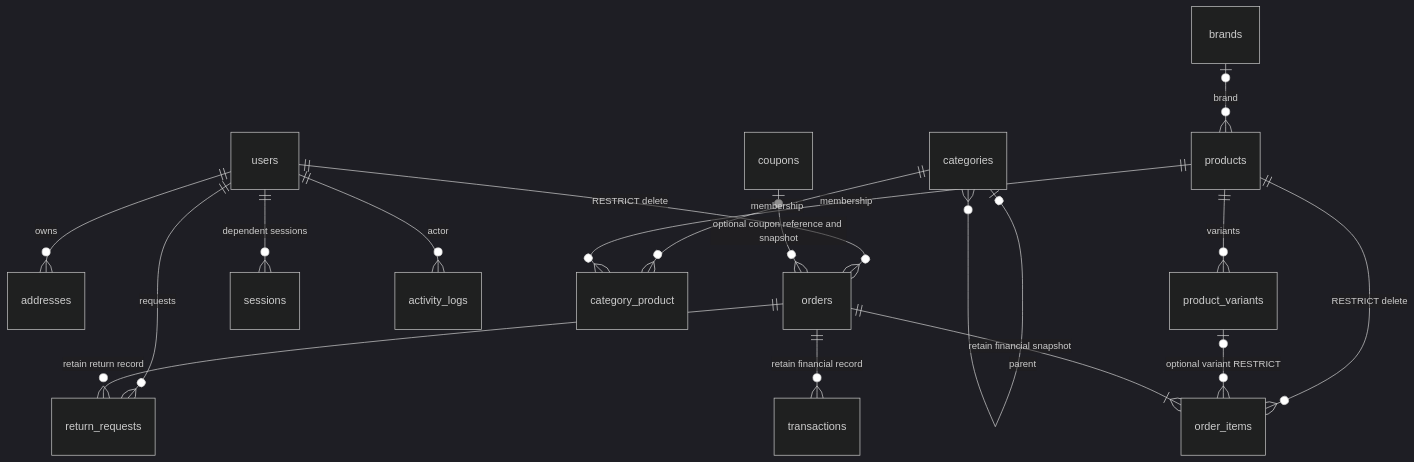
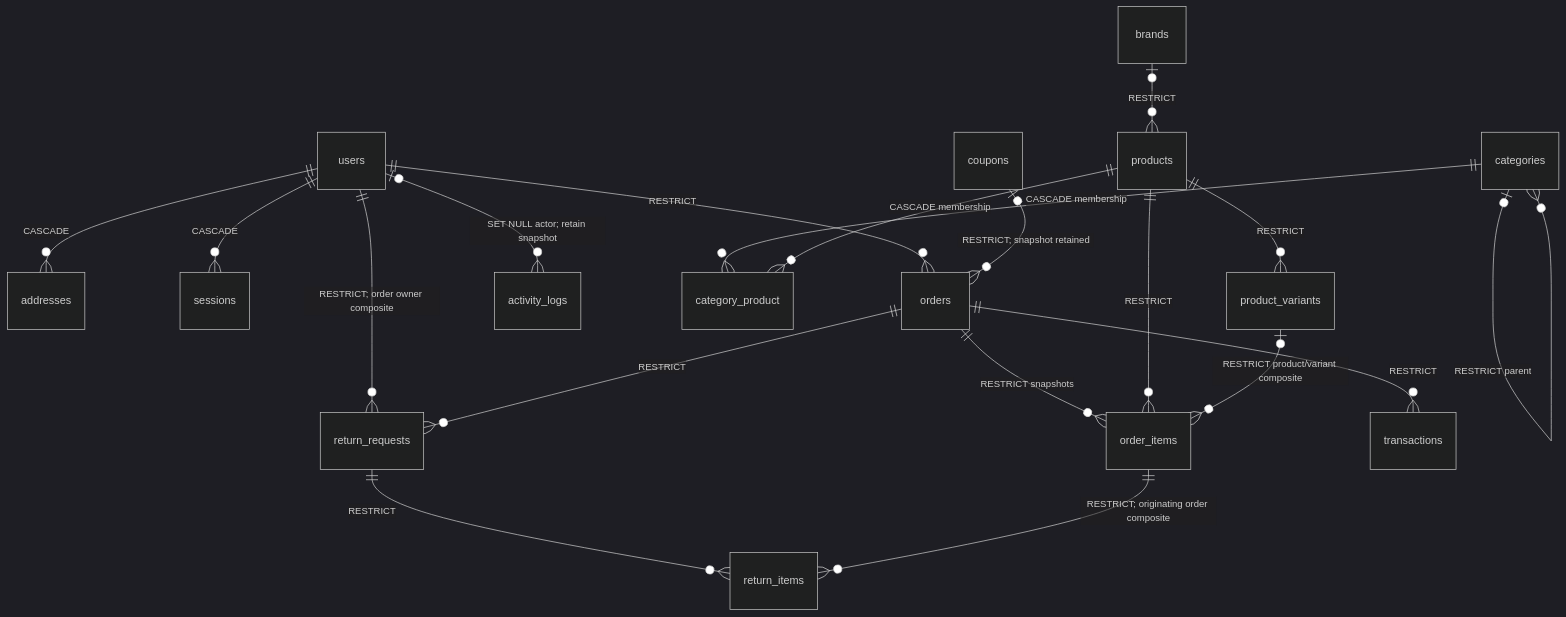
Before and after one commit to soldiermr98-commits/shopnext: the diagram in docs/DATABASE.md, drawn with Mermaid (dark theme). The commit also changed other lines of this file and 12 other files, not shown here.

````diff
--- a/docs/DATABASE.md
+++ b/docs/DATABASE.md
@@ -22,19 +12,21 @@
 ```mermaid
 erDiagram
-    users ||--o{ addresses : owns
-    users ||--o{ orders : "RESTRICT delete"
-    users ||--o{ sessions : "dependent sessions"
-    users ||--o{ activity_logs : actor
-    users ||--o{ return_requests : requests
-    categories o|--o{ categories : parent
-    brands o|--o{ products : brand
-    categories ||--o{ category_product : membership
-    products ||--o{ category_product : membership
-    products ||--o{ product_variants : variants
-    products ||--o{ order_items : "RESTRICT delete"
-    product_variants o|--o{ order_items : "optional variant RESTRICT"
-    orders ||--|{ order_items : "retain financial snapshot"
-    orders ||--o{ transactions : "retain financial record"
-    orders ||--o{ return_requests : "retain return record"
-    coupons o|--o{ orders : "optional coupon reference and snapshot"
+    users ||--o{ addresses : "CASCADE"
+    users ||--o{ sessions : "CASCADE"
+    users ||--o{ orders : "RESTRICT"
+    users o|--o{ activity_logs : "SET NULL actor; retain snapshot"
+    users ||--o{ return_requests : "RESTRICT; order owner composite"
+    categories o|--o{ categories : "RESTRICT parent"
+    brands o|--o{ products : "RESTRICT"
+    categories ||--o{ category_product : "CASCADE membership"
+    products ||--o{ category_product : "CASCADE membership"
+    products ||--o{ product_variants : "RESTRICT"
+    orders ||--o{ order_items : "RESTRICT snapshots"
+    products ||--o{ order_items : "RESTRICT"
+    product_variants o|--o{ order_items : "RESTRICT product/variant composite"
+    coupons o|--o{ orders : "RESTRICT; snapshot retained"
+    orders ||--o{ transactions : "RESTRICT"
+    orders ||--o{ return_requests : "RESTRICT"
+    return_requests ||--o{ return_items : "RESTRICT"
+    order_items ||--o{ return_items : "RESTRICT; originating order composite"
 ```
````
